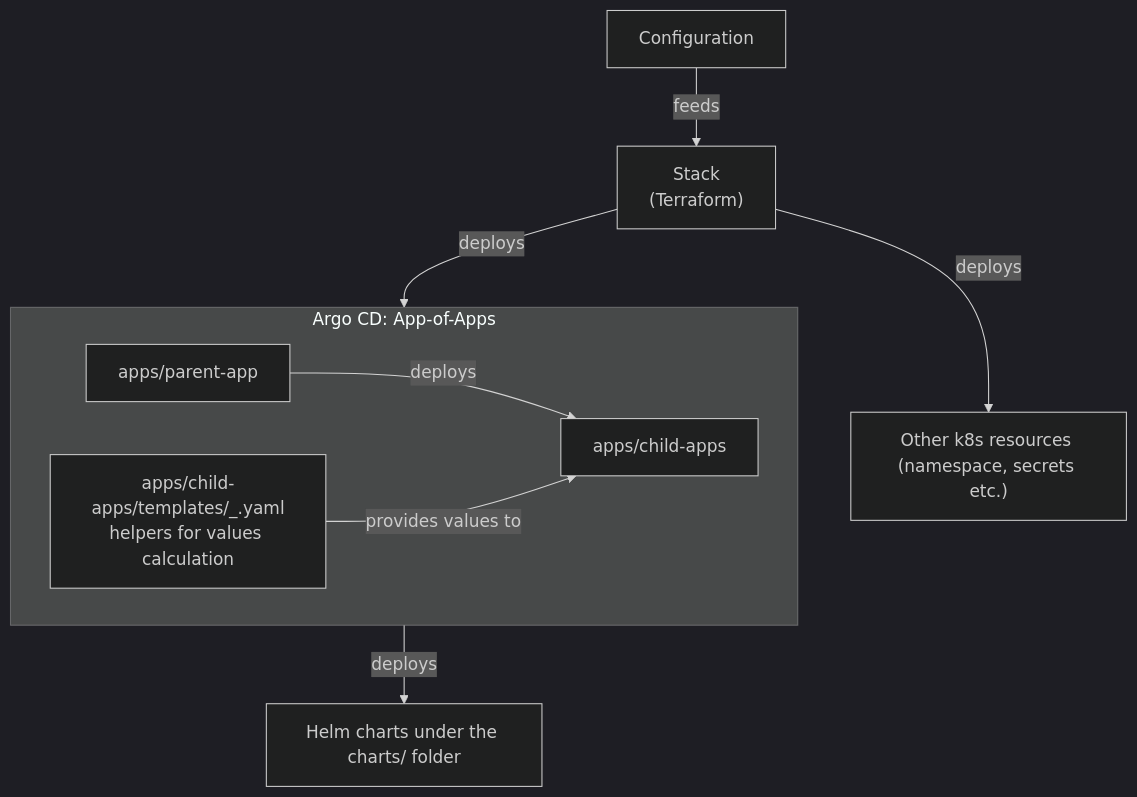
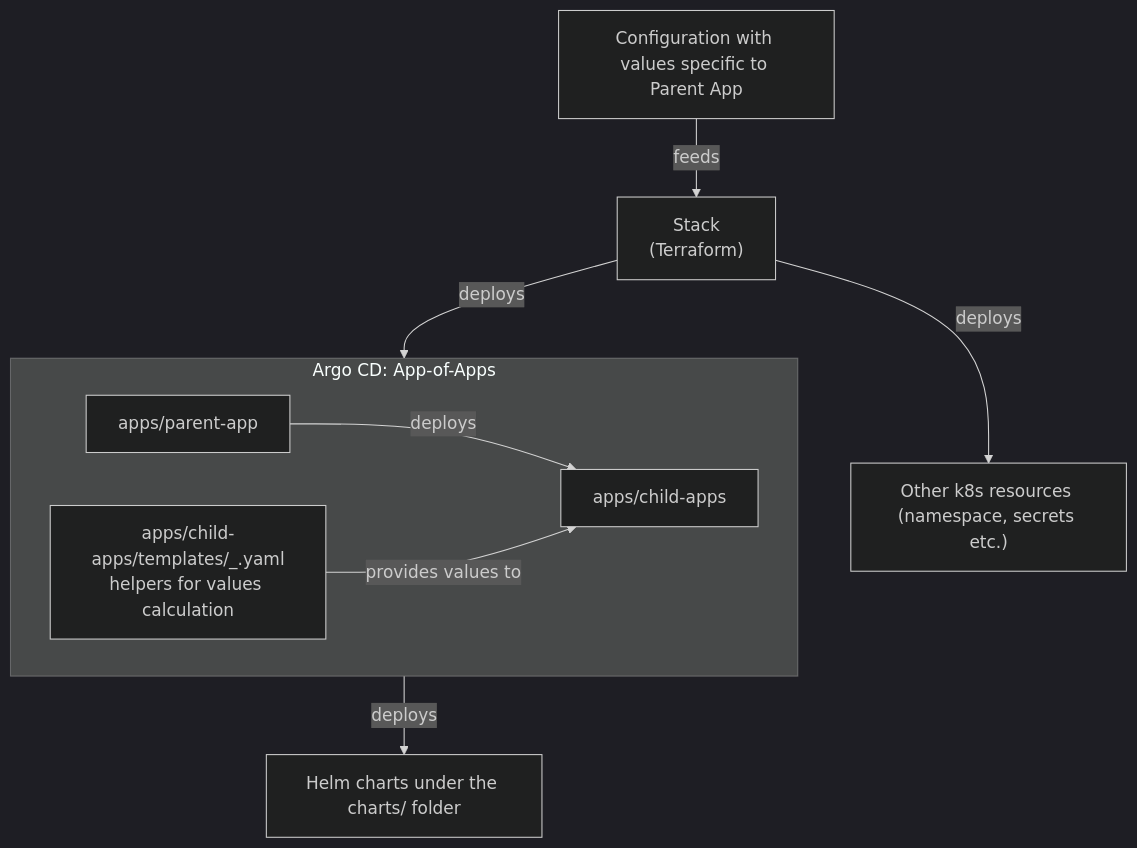
Before and after one commit to krzysiekpagacz/argocd-playground: the diagram in stack/mariadb-operator/README.md, drawn with Mermaid (dark theme). The commit also changed 3 other files, not shown here.

````diff
--- a/stack/mariadb-operator/README.md
+++ b/stack/mariadb-operator/README.md
@@ -45,14 +45,14 @@
 ```mermaid
 flowchart TD
-    config["Configuration"] -->|feeds| stack["Stack <br>(Terraform)"]
+    config["Configuration with values specific to Parent App"] -->|feeds| stack["Stack <br>(Terraform)"]
 
 
     stack -->|deploys| Argo
       subgraph Argo["Argo CD: App-of-Apps"]
         direction LR
         ParentApp["apps/parent-app"] -->|deploys| ChildApps["apps/child-apps"]
         Helpers["apps/child-apps/templates/_.yaml<br>helpers for values calculation"] -->|provides values to| ChildApps
       end
         ChildApps -->|deploys| HelmChart["Helm charts under the charts/ folder"]
      stack -->|deploys| Other["Other k8s resources (namespace, secrets etc.)"]
 ```
````
